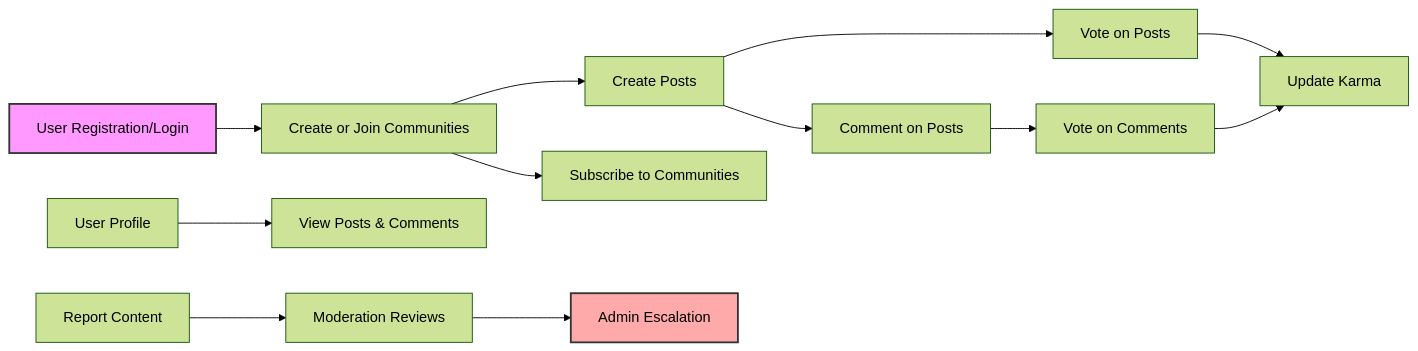
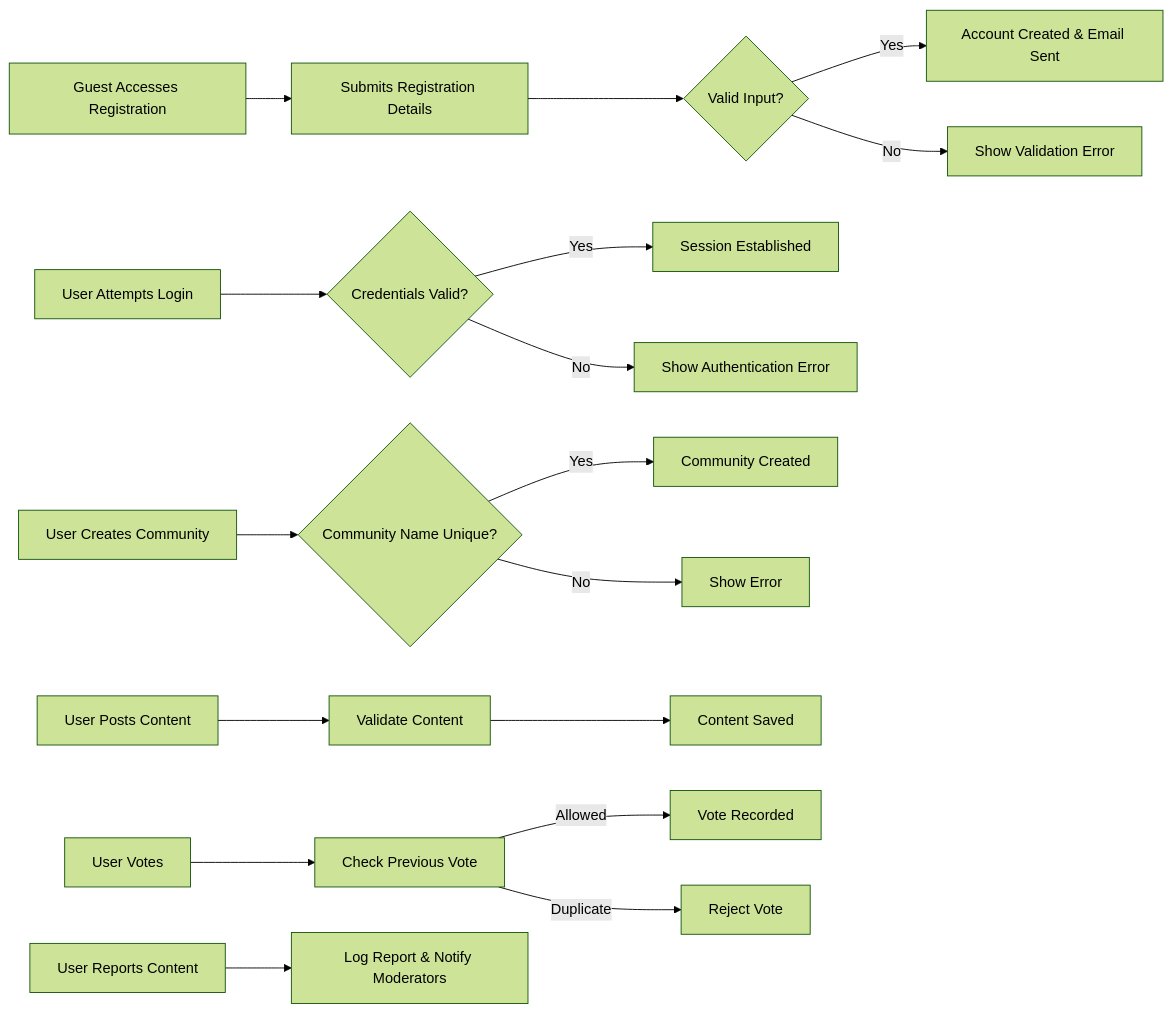
Before and after one commit to wrtnlabs/autobe-examples: the diagram in openai/gpt-4.1-mini/reddit/docs/analysis/01-service-overview.md, drawn with Mermaid (forest theme). The commit also changed other lines of this file and 16146 other files, not shown here.

````diff
--- a/openai/gpt-4.1-mini/reddit/docs/analysis/01-service-overview.md
+++ b/openai/gpt-4.1-mini/reddit/docs/analysis/01-service-overview.md
@@ -141,17 +130,24 @@
 ```mermaid
 graph LR
-    A["User Registration/Login"] --> B["Create or Join Communities"]
-    B --> C["Create Posts"]
-    C --> D["Vote on Posts"]
-    C --> E["Comment on Posts"]
-    E --> F["Vote on Comments"]
-    B --> G["Subscribe to Communities"]
-    H["User Profile"] --> I["View Posts & Comments"]
-    D --> J["Update Karma"]
-    F --> J
-    K["Report Content"] --> L["Moderation Reviews"]
-    L --> M["Admin Escalation"]
+  A["Guest Accesses Registration"] --> B["Submits Registration Details"]
+  B --> C{"Valid Input?"}
+  C -->|"Yes"| D["Account Created & Email Sent"]
+  C -->|"No"| E["Show Validation Error"]
 
-    style A fill:#f9f,stroke:#333,stroke-width:2px
-    style M fill:#faa,stroke:#333,stroke-width:2px
+  F["User Attempts Login"] --> G{"Credentials Valid?"}
+  G -->|"Yes"| H["Session Established"]
+  G -->|"No"| I["Show Authentication Error"]
+
+  J["User Creates Community"] --> K{"Community Name Unique?"}
+  K -->|"Yes"| L["Community Created"]
+  K -->|"No"| M["Show Error"]
+
+  N["User Posts Content"] --> O["Validate Content"]
+  O --> P["Content Saved"]
+
+  Q["User Votes"] --> R["Check Previous Vote"]
+  R -->|"Allowed"| S["Vote Recorded"]
+  R -->|"Duplicate"| T["Reject Vote"]
+
+  U["User Reports Content"] --> V["Log Report & Notify Moderators"]
 ```
````
